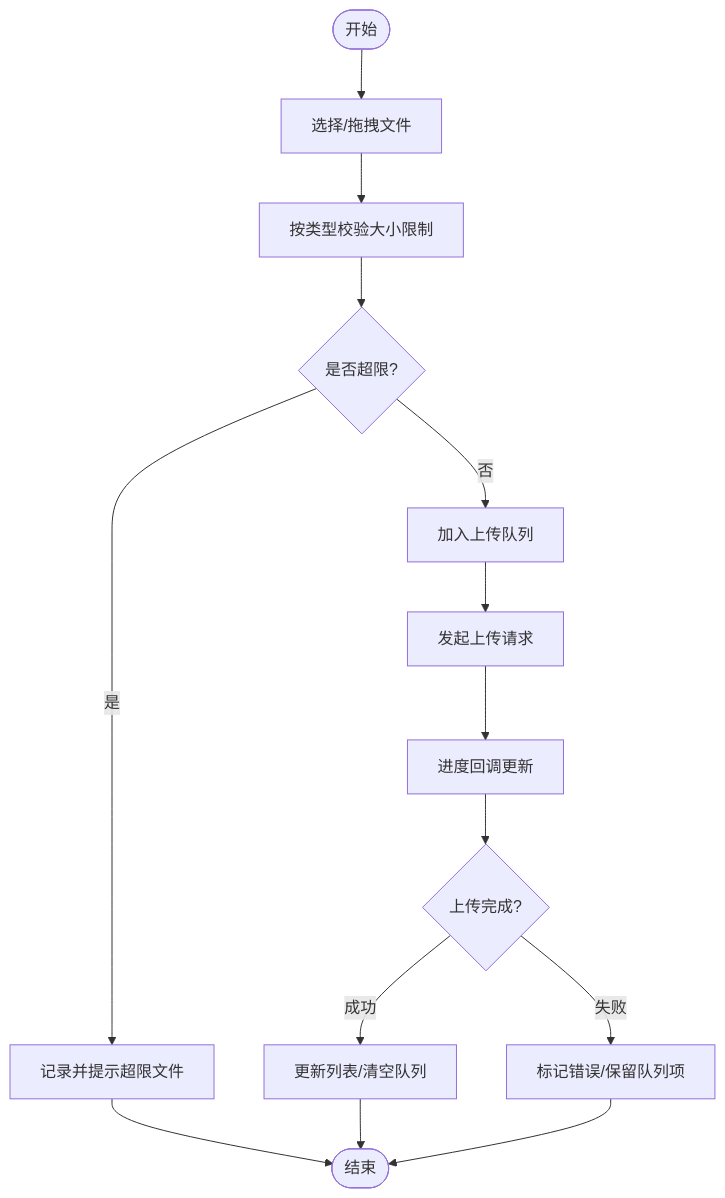
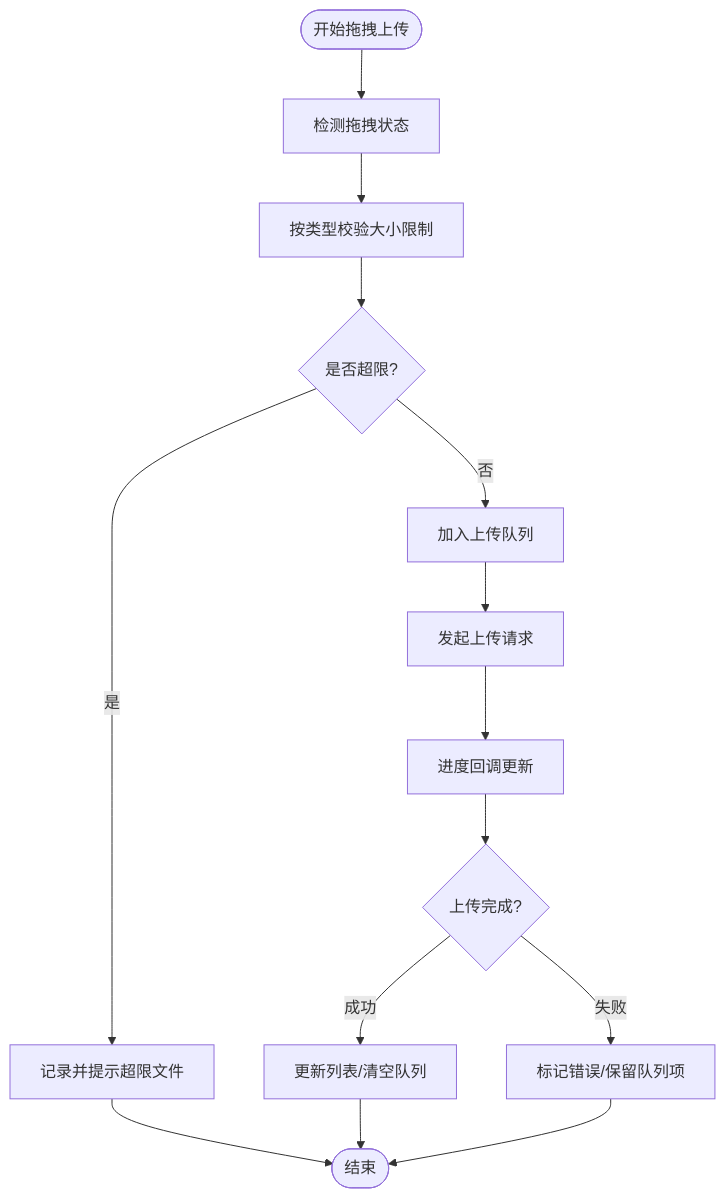
The fifth of 12 diagrams in .qoder/repowiki/zh/content/系统架构/前端架构/组件架构/资源管理组件.md (KunLabAI/KunFlix), drawn with Mermaid before and after one commit. The commit also changed other lines of this file and 88 other files, not shown here.

````diff
--- a/.qoder/repowiki/zh/content/系统架构/前端架构/组件架构/资源管理组件.md
+++ b/.qoder/repowiki/zh/content/系统架构/前端架构/组件架构/资源管理组件.md
@@ -207,16 +280,16 @@
 ```mermaid
 flowchart TD
-Start(["开始"]) --> Pick["选择/拖拽文件"]
-Pick --> Validate["按类型校验大小限制"]
+Start(["开始拖拽上传"]) --> DragOver["检测拖拽状态"]
+DragOver --> Validate["按类型校验大小限制"]
 Validate --> Over{"是否超限?"}
 Over --> |是| Warn["记录并提示超限文件"]
 Over --> |否| Enqueue["加入上传队列"]
 Enqueue --> Upload["发起上传请求"]
 Upload --> Progress["进度回调更新"]
 Progress --> Done{"上传完成?"}
 Done --> |成功| Success["更新列表/清空队列"]
 Done --> |失败| Fail["标记错误/保留队列项"]
 Warn --> End(["结束"])
 Success --> End
 Fail --> End
 ```
````
